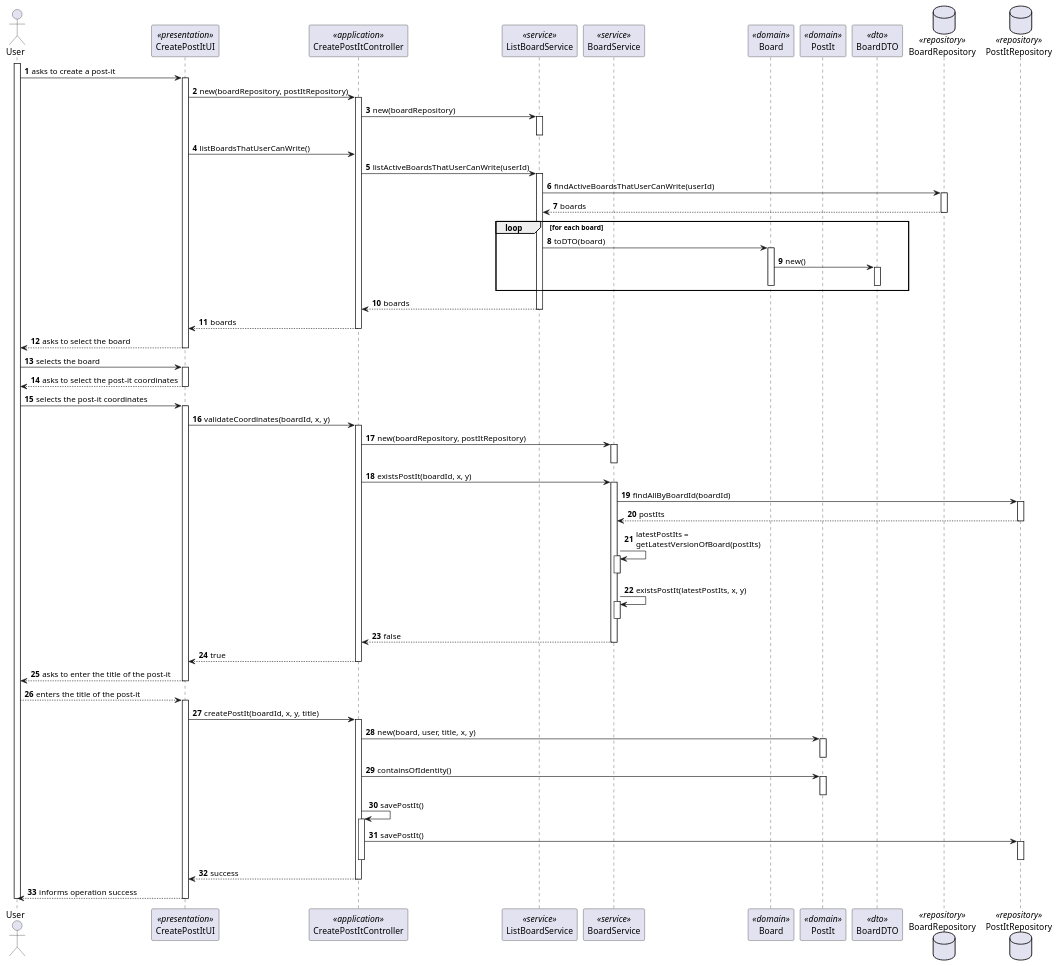
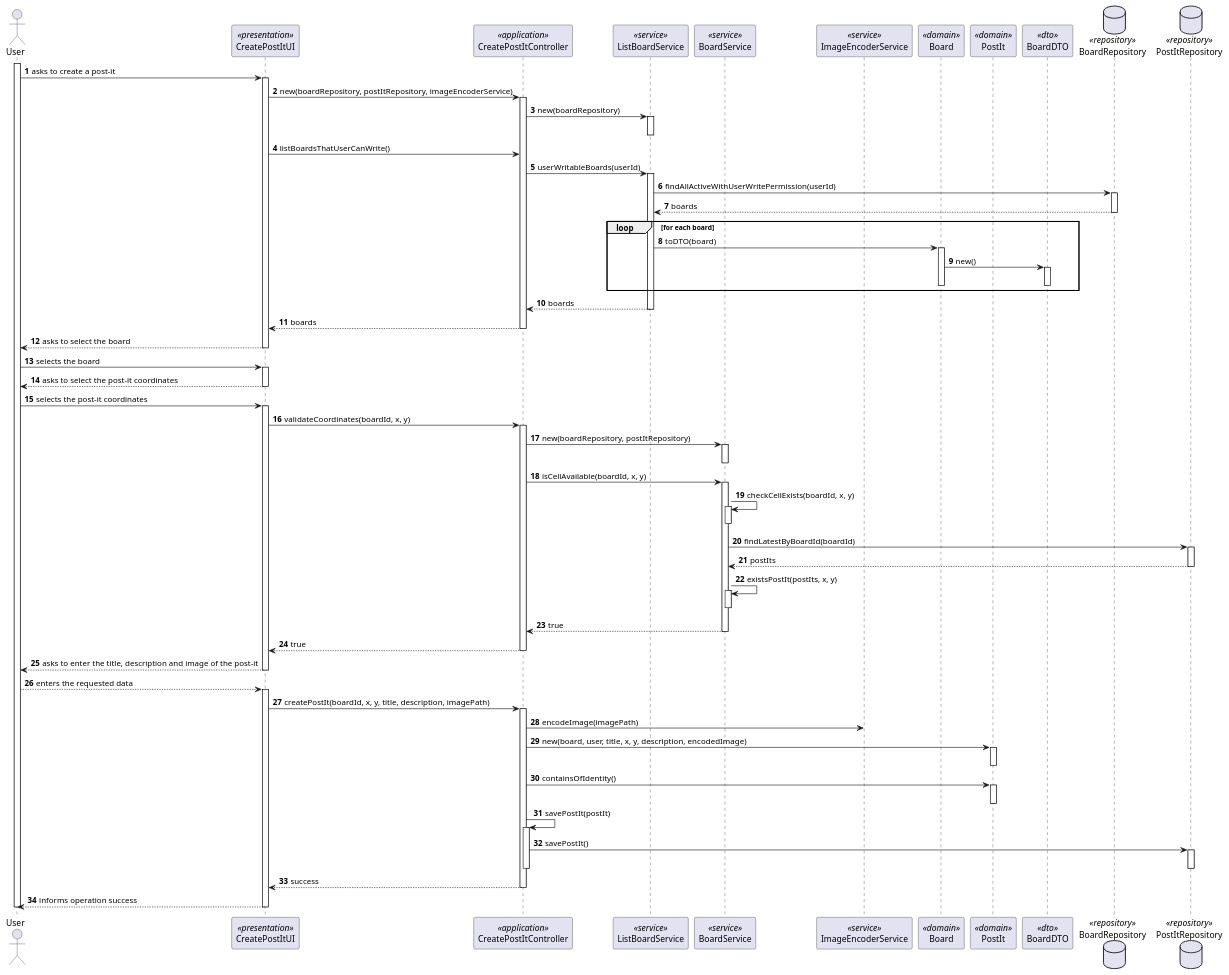
The diagram in docs/sprint-c/us31-3006/US3006_SD.puml (miseEnPlace-dev/lapr4), drawn with PlantUML before and after one commit. The commit also changed 6 other files, not shown here.

Commit message:
docs: updated diagrams (#54)

```diff
--- a/docs/sprint-c/us31-3006/US3006_SD.puml
+++ b/docs/sprint-c/us31-3006/US3006_SD.puml
@@ -1,121 +1,121 @@
 @startuml US3006_SD
 autonumber
 
 actor "User" as M
 participant "CreatePostItUI" as UI <<presentation>>
 participant "CreatePostItController" as CTRL <<application>>
 participant "ListBoardService" as LBSRV <<service>>
 participant "BoardService" as BSRV <<service>>
+participant "ImageEncoderService" as IESRV <<service>>
 participant "Board" as B <<domain>>
 participant "PostIt" as P <<domain>>
 participant "BoardDTO" as BDTO <<dto>>
 
 database BoardRepository as BREP <<repository>>
 database PostItRepository as PREP <<repository>>
 
 activate M
 
 M -> UI : asks to create a post-it
 activate UI
 
-UI -> CTRL : new(boardRepository, postItRepository)
+UI -> CTRL : new(boardRepository, postItRepository, imageEncoderService)
 activate CTRL
 CTRL -> LBSRV : new(boardRepository)
 activate LBSRV
 deactivate LBSRV
 UI -> CTRL : listBoardsThatUserCanWrite()
 
-CTRL -> LBSRV : listActiveBoardsThatUserCanWrite(userId)
+CTRL -> LBSRV : userWritableBoards(userId)
 activate LBSRV
-LBSRV -> BREP : findActiveBoardsThatUserCanWrite(userId)
+LBSRV -> BREP : findAllActiveWithUserWritePermission(userId)
 activate BREP
 BREP --> LBSRV : boards
 deactivate BREP
 
 loop for each board
   LBSRV -> B : toDTO(board)
   activate B
   B -> BDTO : new()
   activate BDTO
   deactivate BDTO
   deactivate B
 end loop
 
 LBSRV --> CTRL : boards
 deactivate LBSRV
 CTRL --> UI : boards
 deactivate CTRL
 
 UI --> M : asks to select the board
 deactivate UI
 
 M -> UI : selects the board
 activate UI
 
 UI --> M : asks to select the post-it coordinates
 deactivate UI
 
 M -> UI : selects the post-it coordinates
 activate UI
 UI -> CTRL : validateCoordinates(boardId, x, y)
 activate CTRL
 CTRL -> BSRV : new(boardRepository, postItRepository)
 activate BSRV
 deactivate BSRV
 
-CTRL -> BSRV : existsPostIt(boardId, x, y)
+CTRL -> BSRV : isCellAvailable(boardId, x, y)
 activate BSRV
-BSRV -> PREP : findAllByBoardId(boardId)
+BSRV -> BSRV : checkCellExists(boardId, x, y)
+activate BSRV
+deactivate BSRV
+BSRV -> PREP : findLatestByBoardId(boardId)
 activate PREP
 PREP --> BSRV : postIts
 deactivate PREP
-BSRV -> BSRV : latestPostIts = \ngetLatestVersionOfBoard(postIts)
+BSRV -> BSRV : existsPostIt(postIts, x, y)
 activate BSRV
 deactivate BSRV
 
-BSRV -> BSRV : existsPostIt(latestPostIts, x, y)
-activate BSRV
-deactivate BSRV
-
-BSRV --> CTRL : false
+BSRV --> CTRL : true
 deactivate BSRV
 CTRL --> UI : true
 deactivate CTRL
 
-UI --> M :  asks to enter the title of the post-it
+UI --> M :  asks to enter the title, description and image of the post-it
 deactivate UI
 
-M --> UI : enters the title of the post-it
+M --> UI : enters the requested data
 activate UI
 
-UI -> CTRL : createPostIt(boardId, x, y, title)
+UI -> CTRL : createPostIt(boardId, x, y, title, description, imagePath)
 activate CTRL
 
-CTRL -> P : new(board, user, title, x, y)
+CTRL -> IESRV : encodeImage(imagePath)
+
+CTRL -> P : new(board, user, title, x, y, description, encodedImage)
 activate P
 deactivate P
 
 CTRL -> P : containsOfIdentity()
 activate P
 deactivate P
 
-CTRL -> CTRL : savePostIt()
+CTRL -> CTRL : savePostIt(postIt)
 activate CTRL
 CTRL -> PREP : savePostIt()
 activate PREP
 deactivate PREP
 deactivate CTRL
 
 
 CTRL --> UI : success
 deactivate CTRL
 
 UI --> M : informs operation success
 deactivate UI
 
 
-
-
 deactivate M
 
 @enduml
```
